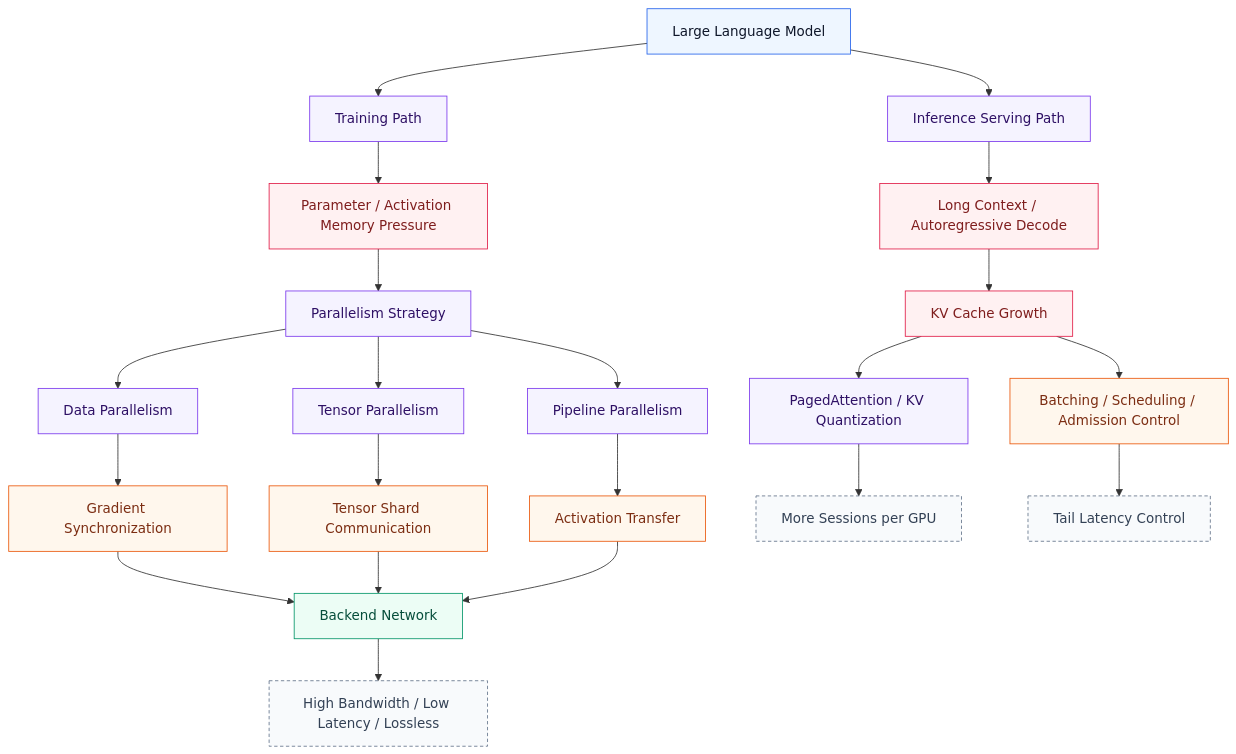
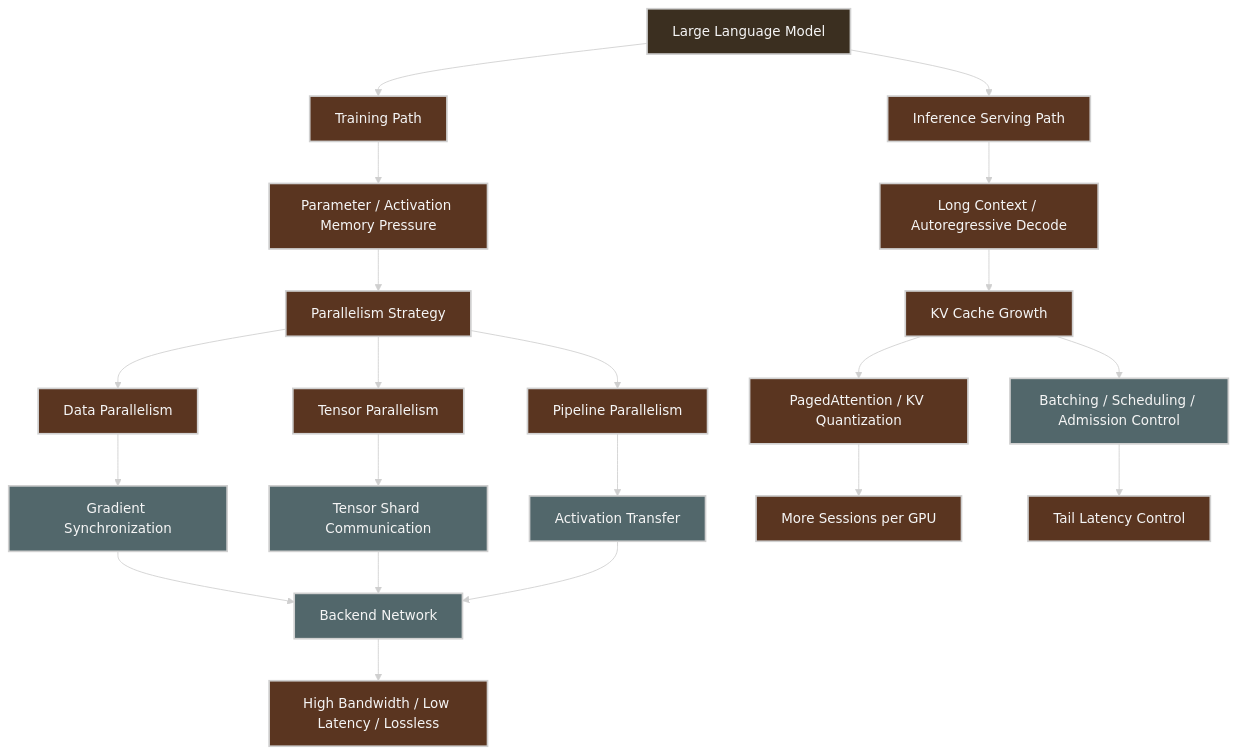
The ninth of 9 diagrams in deep-learning-for-network-engineers/week02/README.md (ziwon/ai-data-center-network), drawn with Mermaid before and after one commit. The commit also changed other lines of this file and 35 other files, not shown here.

Commit message:
docs(mermaid): apply dark diagram style

````diff
--- a/deep-learning-for-network-engineers/week02/README.md
+++ b/deep-learning-for-network-engineers/week02/README.md
@@ -677,35 +685,36 @@
 ```mermaid
+%%{init: {"theme": "base", "themeVariables": {"background": "#171717", "primaryColor": "#232323", "primaryTextColor": "#f5f5f5", "primaryBorderColor": "#d0d0d0", "lineColor": "#cfcfcf", "fontFamily": "Inter, Arial, sans-serif"}}}%%
 flowchart TB
-    classDef model fill:#eef6ff,stroke:#2563eb,stroke-width:1px,color:#0f172a
-    classDef memory fill:#fff1f2,stroke:#e11d48,stroke-width:1px,color:#7f1d1d
-    classDef parallel fill:#f5f3ff,stroke:#7c3aed,stroke-width:1px,color:#2e1065
-    classDef comm fill:#fff7ed,stroke:#ea580c,stroke-width:1px,color:#7c2d12
-    classDef network fill:#ecfdf5,stroke:#059669,stroke-width:1px,color:#064e3b
-    classDef requirement fill:#f8fafc,stroke:#64748b,stroke-dasharray:4 3,color:#334155
+    classDef model fill:#3b2f20,stroke:#d0d0d0,color:#f5f5f5,stroke-width:2px;
+    classDef memory fill:#5a3520,stroke:#d0d0d0,color:#f5f5f5,stroke-width:2px;
+    classDef parallel fill:#5a3520,stroke:#d0d0d0,color:#f5f5f5,stroke-width:2px;
+    classDef comm fill:#52676b,stroke:#d0d0d0,color:#f5f5f5,stroke-width:2px;
+    classDef network fill:#52676b,stroke:#d0d0d0,color:#f5f5f5,stroke-width:2px;
+    classDef requirement fill:#5a3520,stroke:#d0d0d0,color:#f5f5f5,stroke-width:2px;
 
     LLM[Large Language Model]:::model --> TRAIN[Training Path]:::parallel
     LLM --> SERVE[Inference Serving Path]:::parallel
 
     TRAIN --> MEM[Parameter / Activation Memory Pressure]:::memory
     MEM --> PAR[Parallelism Strategy]:::parallel
     PAR --> DP[Data Parallelism]:::parallel
     PAR --> TP[Tensor Parallelism]:::parallel
     PAR --> PP[Pipeline Parallelism]:::parallel
 
     DP --> GSYNC[Gradient Synchronization]:::comm
     TP --> TCOMM[Tensor Shard Communication]:::comm
     PP --> ACT[Activation Transfer]:::comm
 
     GSYNC --> NET[Backend Network]:::network
     TCOMM --> NET
     ACT --> NET
 
     NET --> REQ[High Bandwidth / Low Latency / Lossless]:::requirement
 
     SERVE --> CTX[Long Context / Autoregressive Decode]:::memory
     CTX --> KVC[KV Cache Growth]:::memory
     KVC --> OPT[PagedAttention / KV Quantization]:::parallel
     KVC --> SCHED[Batching / Scheduling / Admission Control]:::comm
     OPT --> CAP[More Sessions per GPU]:::requirement
     SCHED --> LAT[Tail Latency Control]:::requirement
 ```
````
